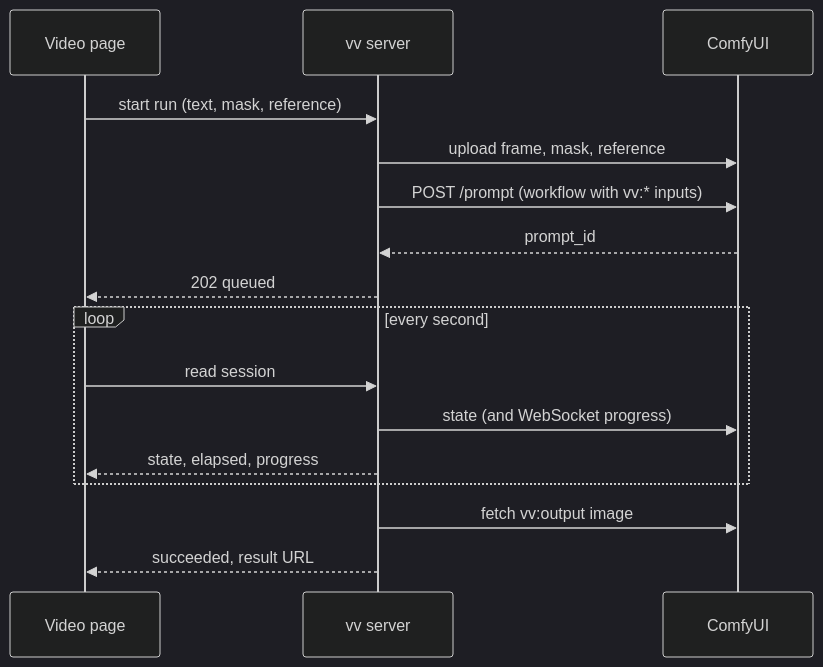
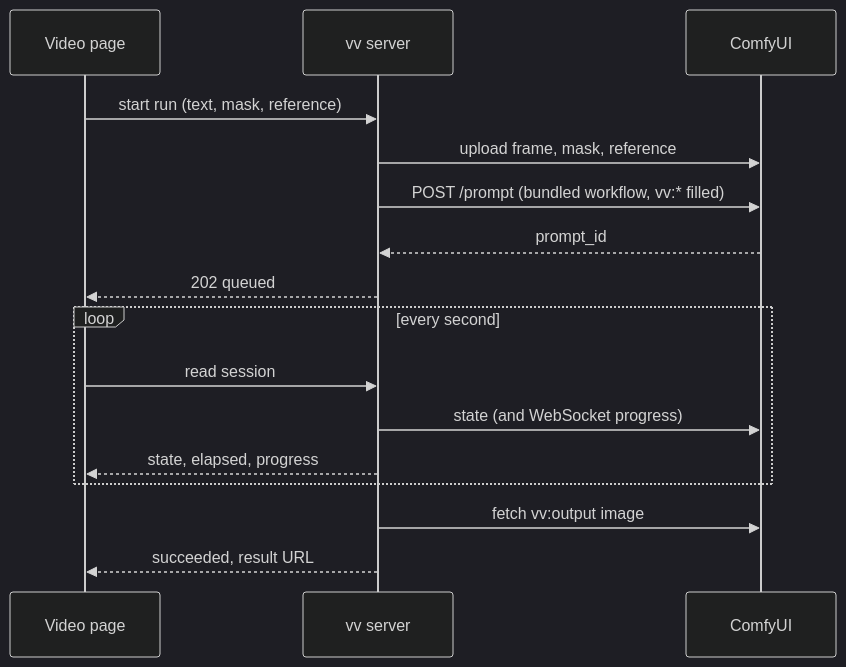
Before and after one commit to syudead/vv: the second of 2 diagrams in specs/045-comfyui-thumbnails/contracts/workflow.md, drawn with Mermaid (dark theme). The commit also changed other lines of this file and 7 other files, not shown here.

````diff
--- a/specs/045-comfyui-thumbnails/contracts/workflow.md
+++ b/specs/045-comfyui-thumbnails/contracts/workflow.md
@@ -49,18 +81,18 @@
 ```mermaid
 sequenceDiagram
   participant P as Video page
   participant V as vv server
   participant C as ComfyUI
   P->>V: start run (text, mask, reference)
   V->>C: upload frame, mask, reference
-  V->>C: POST /prompt (workflow with vv:* inputs)
+  V->>C: POST /prompt (bundled workflow, vv:* filled)
   C-->>V: prompt_id
   V-->>P: 202 queued
   loop every second
     P->>V: read session
     V->>C: state (and WebSocket progress)
     V-->>P: state, elapsed, progress
   end
   V->>C: fetch vv:output image
   V-->>P: succeeded, result URL
 ```
````
